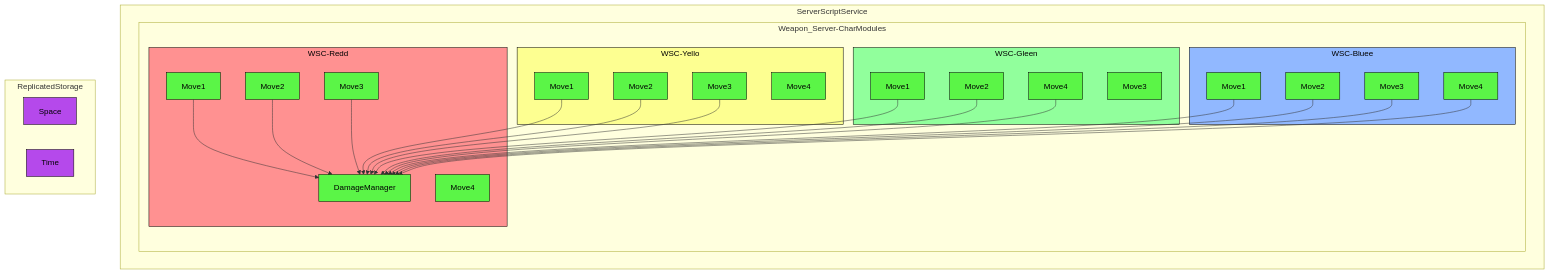
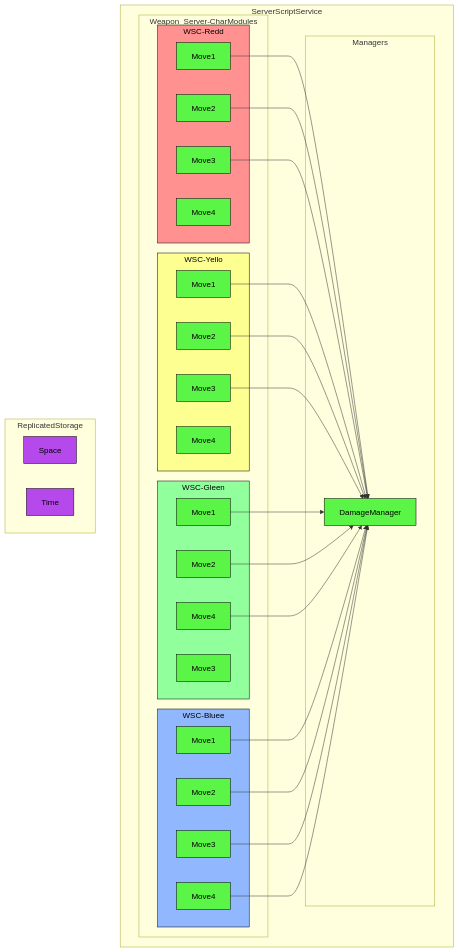
Before and after one commit to altair5607249/Crusaders-Game: the third of 4 diagrams in README.md, drawn with Mermaid.

````diff
--- a/README.md
+++ b/README.md
@@ -202,55 +202,59 @@
 ```mermaid
 flowchart TB;
 
   classDef serverNode fill:#5bf547,stroke:#000000,color:#000000
   classDef clientNode fill:#42a1f5,stroke:#000000,color:#000000
   classDef universalNode fill:#b549eb,stroke:#000000,color:#000000
 
   classDef redNode fill:#ff9191,stroke:#000000,color:#000000
   classDef yellowNode fill:#fdff91,stroke:#000000,color:#000000
   classDef greenNode fill:#91ff9c,stroke:#000000,color:#000000
   classDef blueNode fill:#91b8ff,stroke:#000000,color:#000000
 
   subgraph ServerScriptService
+    subgraph Managers
+      DamageManager;
+    end
+
     subgraph Weapon_Server-CharModules
       subgraph WSC-Redd
         Q["Move1"]-->DamageManager;
         R["Move2"]-->DamageManager;
         S["Move3"]-->DamageManager;
         T["Move4"];
       end 
       subgraph WSC-Yello
         U["Move1"]-->DamageManager;
         V["Move2"]-->DamageManager;
         W["Move3"]-->DamageManager;
         X["Move4"];
       end 
       subgraph WSC-Gleen
         Y["Move1"]-->DamageManager;
         Z["Move2"]-->DamageManager;
         a["Move3"];
         b["Move4"]-->DamageManager;
         end 
       subgraph WSC-Bluee
         c["Move1"]-->DamageManager;
         d["Move2"]-->DamageManager;
         e["Move3"]-->DamageManager;
         f["Move4"]-->DamageManager;
       end 
     end
   end
 
   subgraph ReplicatedStorage
     Space;
     Time;
   end
 
   class ModuleLoader,M1_Server,Bare_Server,Weapon_Server,MovementManager,DamageManager,Q,R,S,T,U,V,W,X,Y,Z,a,b,c,d,e,f,KnockbackManager,StunManager serverNode;
   class ModuleLoader2,Player-Input,M1_Client,Sol_Client,Movement,KnockbackHandler clientNode;
   class Space,Time universalNode;
 
   class WSC-Redd redNode;
   class WSC-Yello yellowNode;
   class WSC-Gleen greenNode;
   class WSC-Bluee blueNode;
 ```
````
